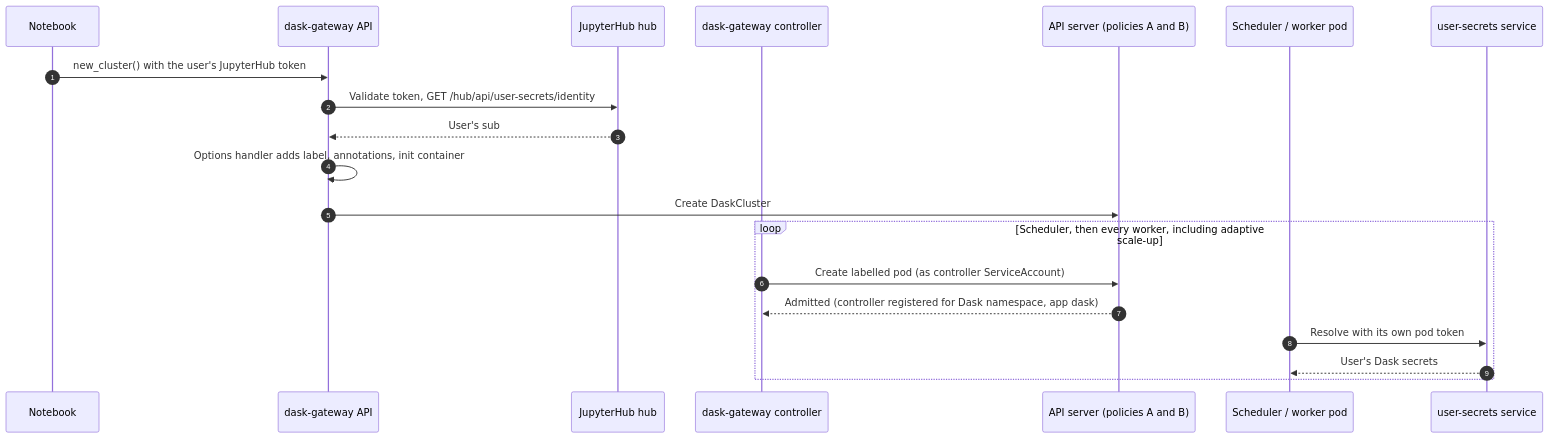
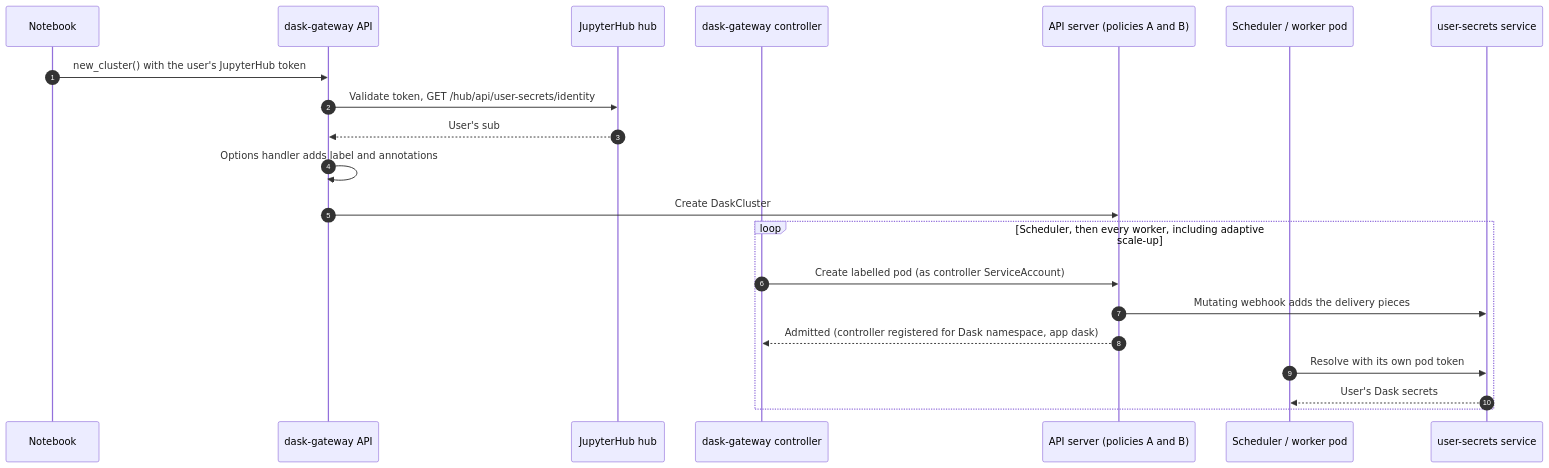
Before and after one commit to nebari-dev/nebari-user-secrets: the third of 8 diagrams in docs/design/user-secrets.md, drawn with Mermaid. The commit also changed other lines of this file and 2 other files, not shown here.

First line of the commit message:
docs: encrypt per user, inject delivery pieces, use NIC's cluster CA

````diff
--- a/docs/design/user-secrets.md
+++ b/docs/design/user-secrets.md
@@ -130,22 +141,23 @@
 ```mermaid
 sequenceDiagram
     autonumber
     participant N as Notebook
     participant G as dask-gateway API
     participant H as JupyterHub hub
     participant C as dask-gateway controller
     participant K as API server (policies A and B)
     participant W as Scheduler / worker pod
     participant S as user-secrets service
     N->>G: new_cluster() with the user's JupyterHub token
     G->>H: Validate token, GET /hub/api/user-secrets/identity
     H-->>G: User's sub
-    G->>G: Options handler adds label, annotations, init container
+    G->>G: Options handler adds label and annotations
     G->>K: Create DaskCluster
     loop Scheduler, then every worker, including adaptive scale-up
         C->>K: Create labelled pod (as controller ServiceAccount)
+        K->>S: Mutating webhook adds the delivery pieces
         K-->>C: Admitted (controller registered for Dask namespace, app dask)
         W->>S: Resolve with its own pod token
         S-->>W: User's Dask secrets
     end
 ```
````
